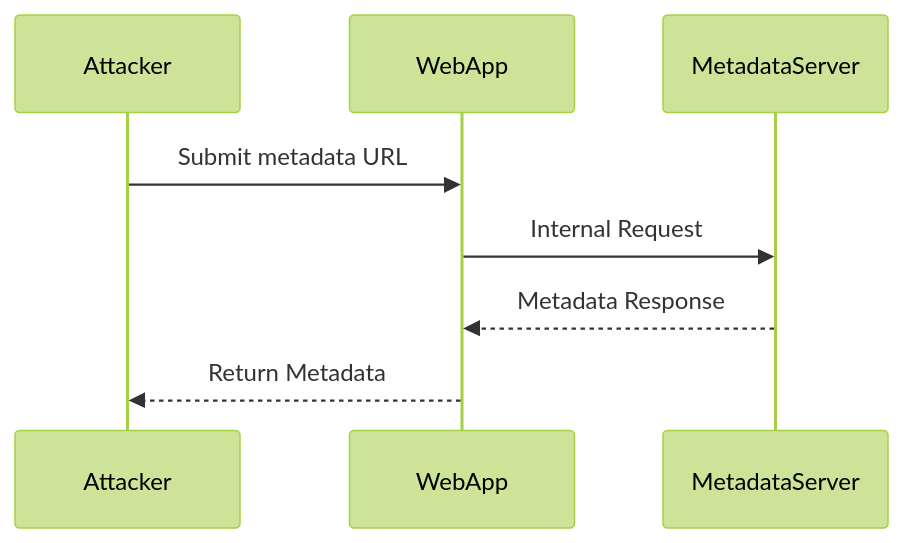
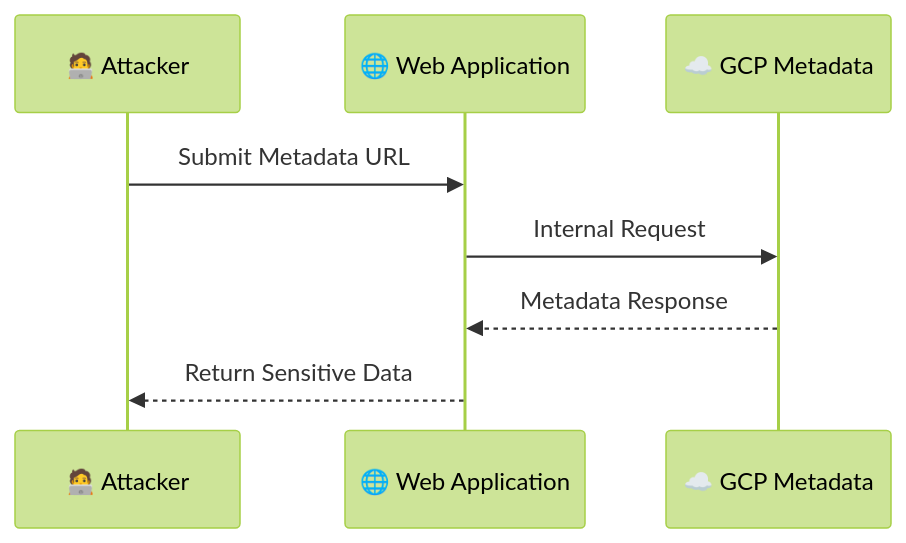
Before and after one commit to ashrithpeechara/infinity_learning: the fourth of 13 diagrams in Cloud_Security/Compute Engine Intrusion/solution.md, drawn with Mermaid (forest theme). The commit also changed other lines of this file, not shown here.

````diff
--- a/Cloud_Security/Compute Engine Intrusion/solution.md
+++ b/Cloud_Security/Compute Engine Intrusion/solution.md
@@ -65,11 +91,11 @@
 ```mermaid
 sequenceDiagram
-    participant Attacker
-    participant WebApp
-    participant MetadataServer
+    participant A as 🧑‍💻 Attacker
+    participant B as 🌐 Web Application
+    participant C as ☁️ GCP Metadata
 
-    Attacker->>WebApp: Submit metadata URL
-    WebApp->>MetadataServer: Internal Request
-    MetadataServer-->>WebApp: Metadata Response
-    WebApp-->>Attacker: Return Metadata
+    A->>B: Submit Metadata URL
+    B->>C: Internal Request
+    C-->>B: Metadata Response
+    B-->>A: Return Sensitive Data
 ```
````
